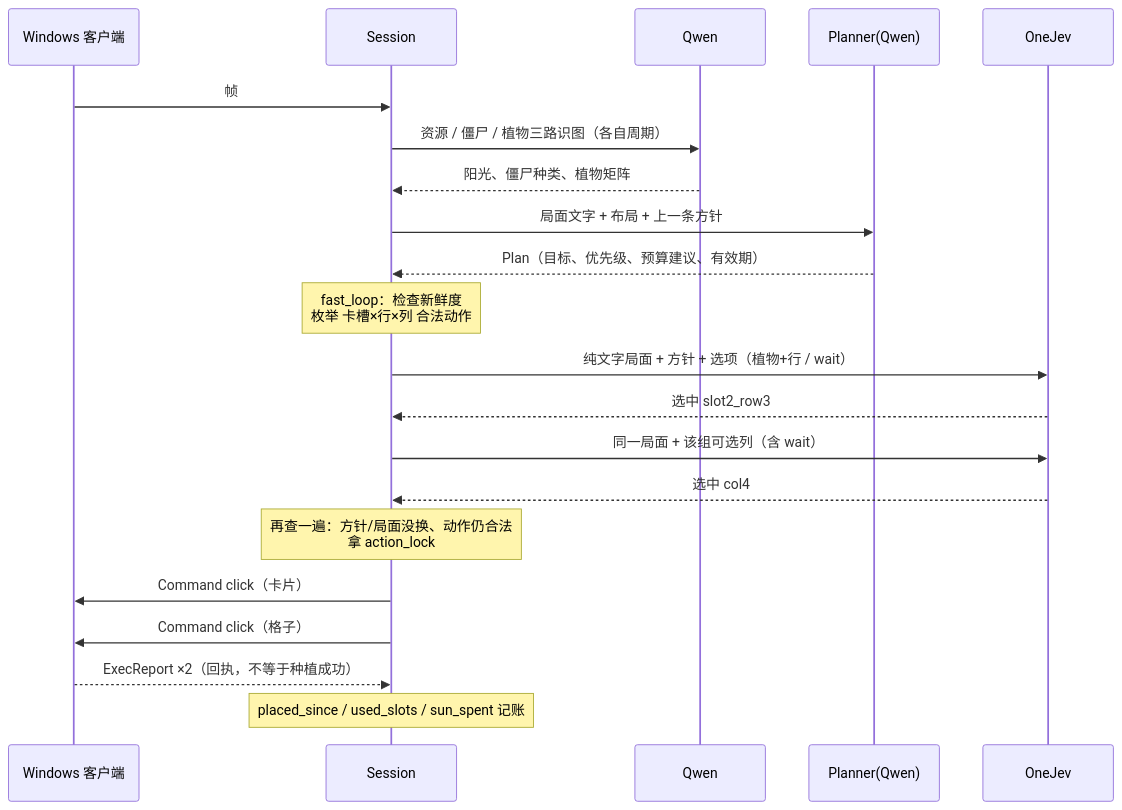
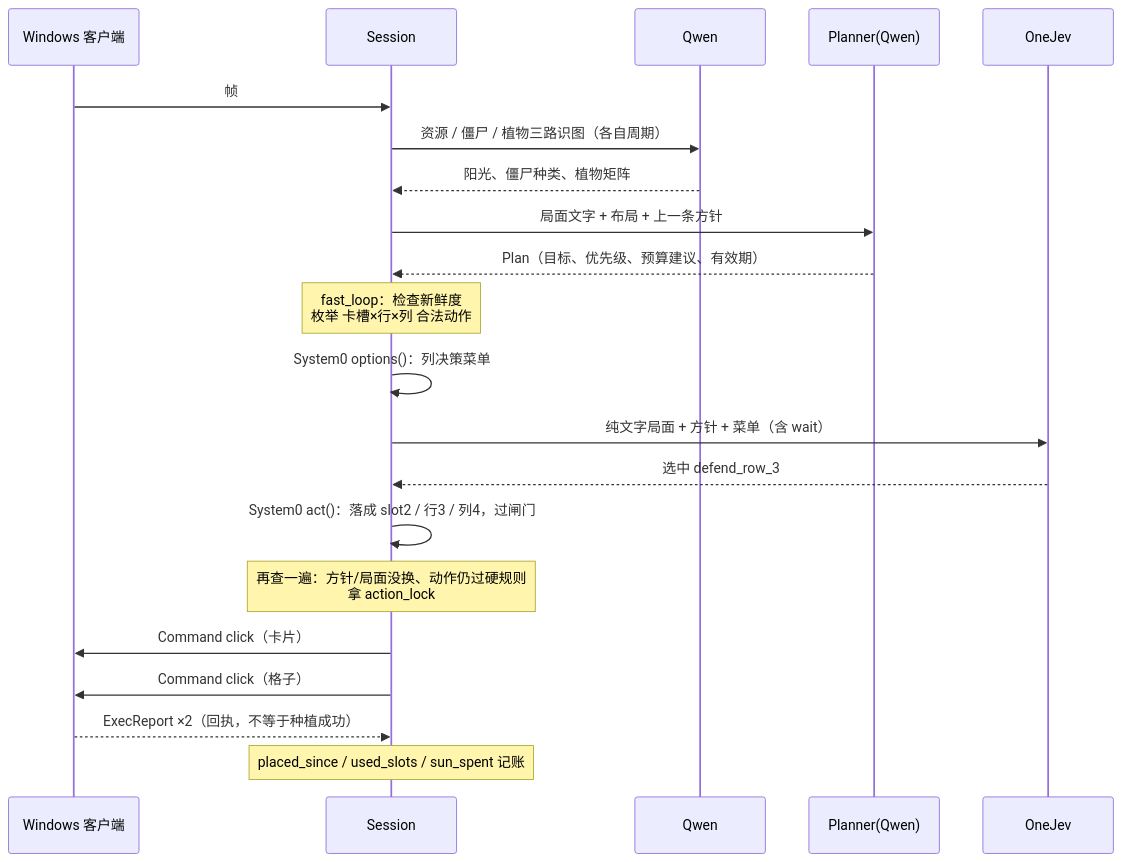
Before and after one commit to Fongkai289/pvz-harness: the fourth of 5 diagrams in docs/ARCHITECTURE.md, drawn with Mermaid. The commit also changed other lines of this file and 118 other files, not shown here.

````diff
--- a/docs/ARCHITECTURE.md
+++ b/docs/ARCHITECTURE.md
@@ -160,23 +170,23 @@
 ```mermaid
 sequenceDiagram
   participant C as Windows 客户端
   participant S as Session
   participant Q as Qwen
   participant P as Planner(Qwen)
   participant J as OneJev
   C->>S: 帧 #n（JPEG）
   S->>Q: 资源 / 僵尸 / 植物三路识图（各自周期）
   Q-->>S: 阳光、僵尸种类、植物矩阵
   S->>P: 局面文字 + 布局 + 上一条方针
   P-->>S: Plan（目标、优先级、预算建议、有效期）
   Note over S: fast_loop：检查新鲜度<br/>枚举 卡槽×行×列 合法动作
-  S->>J: 纯文字局面 + 方针 + 选项（植物+行 / wait）
-  J-->>S: 选中 slot2_row3
-  S->>J: 同一局面 + 该组可选列（含 wait）
-  J-->>S: 选中 col4
-  Note over S: 再查一遍：方针/局面没换、动作仍合法<br/>拿 action_lock
+  S->>S: System0 options()：列决策菜单
+  S->>J: 纯文字局面 + 方针 + 菜单（含 wait）
+  J-->>S: 选中 defend_row_3
+  S->>S: System0 act()：落成 slot2 / 行3 / 列4，过闸门
+  Note over S: 再查一遍：方针/局面没换、动作仍过硬规则<br/>拿 action_lock
   S->>C: Command click（卡片）
   S->>C: Command click（格子）
   C-->>S: ExecReport ×2（回执，不等于种植成功）
   Note over S: placed_since / used_slots / sun_spent 记账
 ```
````
